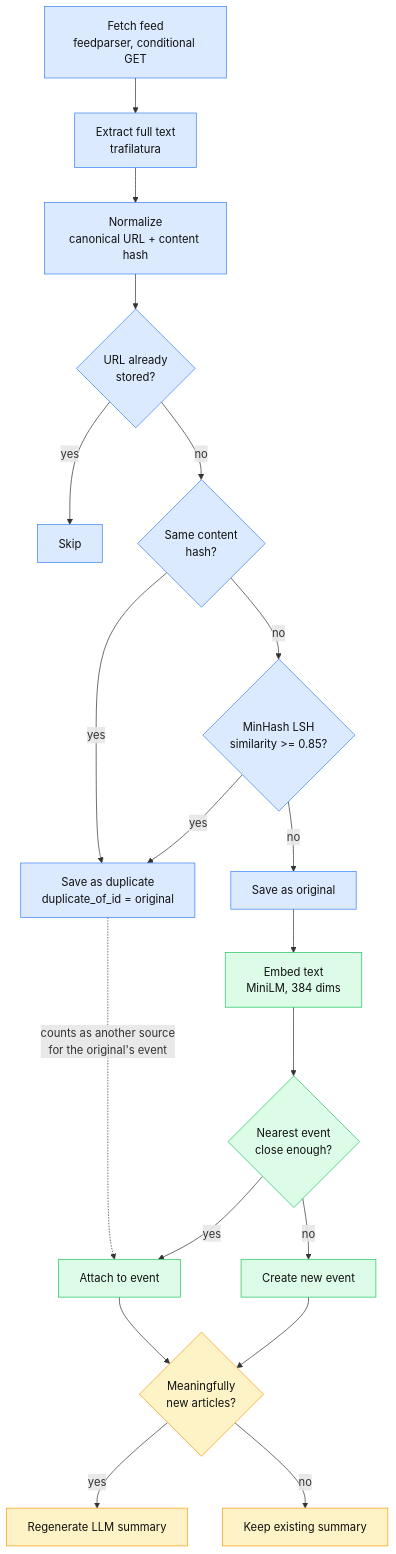
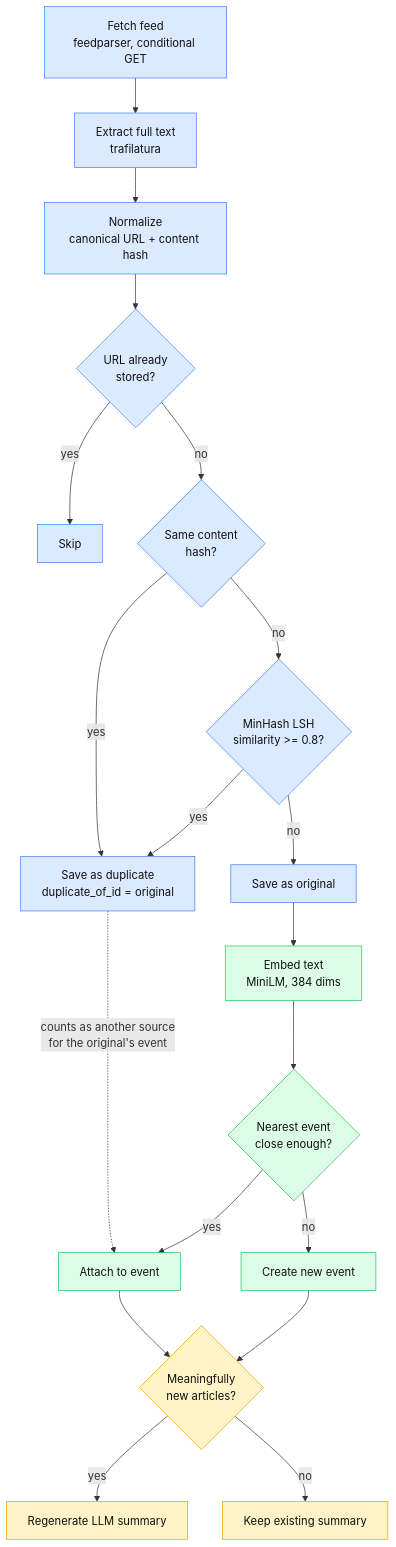
The second of 2 diagrams in docs/architecture.md (maitri160/pulse), drawn with Mermaid before and after one commit. The commit also changed other lines of this file and 9 other files, not shown here.

First line of the commit message:
Detect near-duplicate articles with MinHash + LSH

````diff
--- a/docs/architecture.md
+++ b/docs/architecture.md
@@ -40,30 +40,30 @@
 ```mermaid
 flowchart TD
     A[Fetch feed<br/>feedparser, conditional GET] --> B[Extract full text<br/>trafilatura]
     B --> C[Normalize<br/>canonical URL + content hash]
     C --> D{URL already<br/>stored?}
     D -- yes --> SKIP[Skip]
     D -- no --> E{Same content<br/>hash?}
     E -- yes --> DUP[Save as duplicate<br/>duplicate_of_id = original]
-    E -- no --> F{MinHash LSH<br/>similarity >= 0.85?}
+    E -- no --> F{MinHash LSH<br/>similarity >= 0.8?}
     F -- yes --> DUP
     F -- no --> ORIG[Save as original]
 
     ORIG --> G[Embed text<br/>MiniLM, 384 dims]
     G --> H{Nearest event<br/>close enough?}
     H -- yes --> J[Attach to event]
     H -- no --> K[Create new event]
     DUP -. "counts as another source<br/>for the original's event" .-> J
 
     J --> L{Meaningfully<br/>new articles?}
     K --> L
     L -- yes --> M[Regenerate LLM summary]
     L -- no --> N[Keep existing summary]
 
     classDef w1 fill:#dbeafe,stroke:#3b82f6,color:#111
     classDef w2 fill:#dcfce7,stroke:#22c55e,color:#111
     classDef w3 fill:#fef3c7,stroke:#f59e0b,color:#111
     class A,B,C,D,E,F,DUP,ORIG,SKIP w1
     class G,H,J,K w2
     class L,M,N w3
 ```
````
